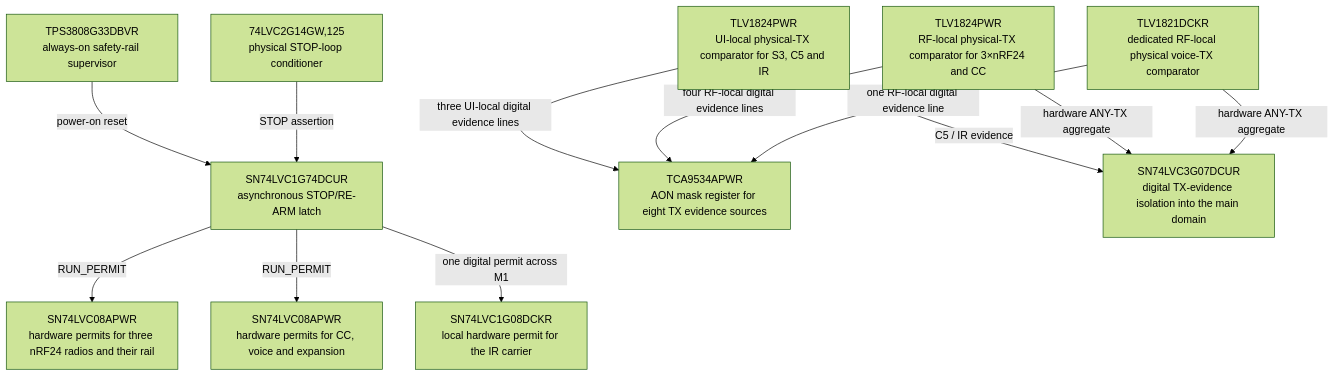
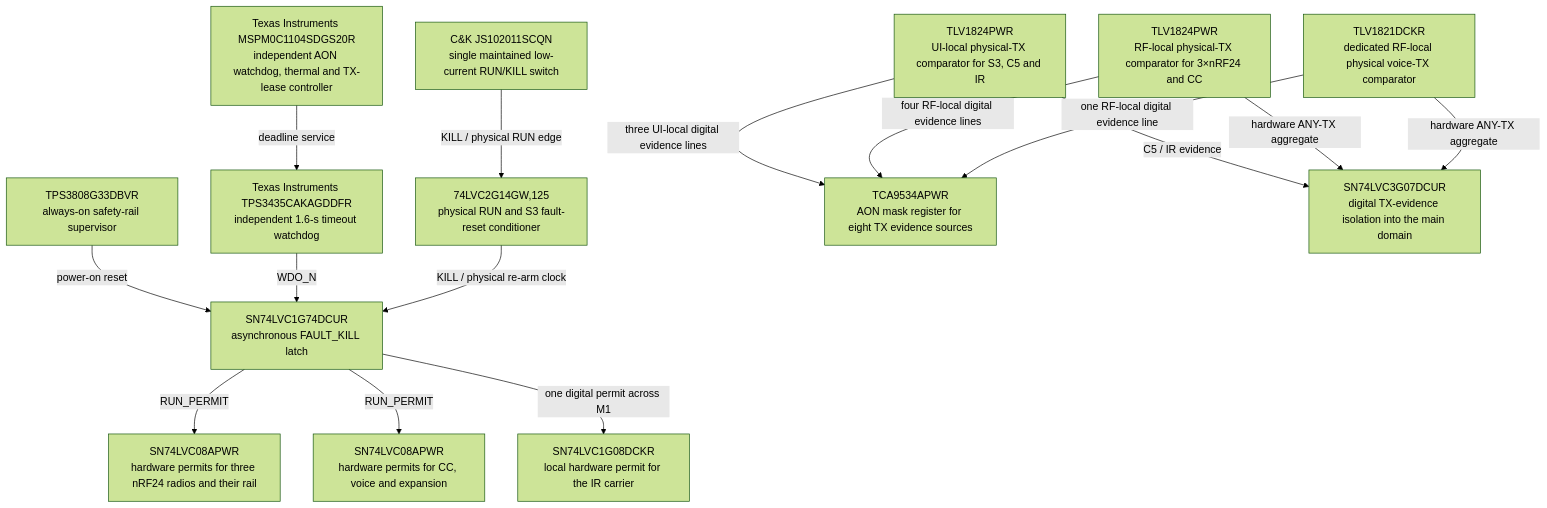
One commit to anton-vinogradov/esp32-leshy2 changed the tenth of 10 diagrams in README.md. Above: the diagram before and after it, drawn with Mermaid (forest theme). The commit also changed other lines of this file and 25 other files, not shown here.

Commit message:
Replace stop controls with monitored RUN KILL safety

````diff
--- a/README.md
+++ b/README.md
@@ -307,25 +310,31 @@
 ```mermaid
 flowchart TD
+POWER_COMMAND_SWITCH["C&K JS102011SCQN<br/>single maintained low-current RUN/KILL switch"]
 SAFE_SUPERVISOR["TPS3808G33DBVR<br/>always-on safety-rail supervisor"]
-SAFE_CONDITIONER["74LVC2G14GW,125<br/>physical STOP-loop conditioner"]
-SAFE_LATCH["SN74LVC1G74DCUR<br/>asynchronous STOP/RE-ARM latch"]
+SAFETY_CONTROLLER["Texas Instruments MSPM0C1104SDGS20R<br/>independent AON watchdog, thermal and TX-lease controller"]
+SAFETY_WATCHDOG["Texas Instruments TPS3435CAKAGDDFR<br/>independent 1.6-s timeout watchdog"]
+SAFE_CONDITIONER["74LVC2G14GW,125<br/>physical RUN and S3 fault-reset conditioner"]
+SAFE_LATCH["SN74LVC1G74DCUR<br/>asynchronous FAULT_KILL latch"]
 SAFE_GATE_A["SN74LVC08APWR<br/>hardware permits for three nRF24 radios and their rail"]
 SAFE_GATE_B["SN74LVC08APWR<br/>hardware permits for CC, voice and expansion"]
 IR_SAFE_GATE["SN74LVC1G08DCKR<br/>local hardware permit for the IR carrier"]
 EVIDENCE_CMP_A["TLV1824PWR<br/>UI-local physical-TX comparator for S3, C5 and IR"]
 EVIDENCE_CMP_B["TLV1824PWR<br/>RF-local physical-TX comparator for 3×nRF24 and CC"]
 EVIDENCE_CMP_VOICE["TLV1821DCKR<br/>dedicated RF-local physical voice-TX comparator"]
 EVIDENCE_MASK["TCA9534APWR<br/>AON mask register for eight TX evidence sources"]
 EVIDENCE_MAIN_ISOLATOR["SN74LVC3G07DCUR<br/>digital TX-evidence isolation into the main domain"]
   SAFE_SUPERVISOR -->|"power-on reset"| SAFE_LATCH
-  SAFE_CONDITIONER -->|"STOP assertion"| SAFE_LATCH
+  POWER_COMMAND_SWITCH -->|"KILL / physical RUN edge"| SAFE_CONDITIONER
+  SAFETY_CONTROLLER -->|"deadline service"| SAFETY_WATCHDOG
+  SAFETY_WATCHDOG -->|"WDO_N"| SAFE_LATCH
+  SAFE_CONDITIONER -->|"KILL / physical re-arm clock"| SAFE_LATCH
   SAFE_LATCH -->|"RUN_PERMIT"| SAFE_GATE_A
   SAFE_LATCH -->|"RUN_PERMIT"| SAFE_GATE_B
   SAFE_LATCH -->|"one digital permit across M1"| IR_SAFE_GATE
   EVIDENCE_CMP_A -->|"three UI-local digital evidence lines"| EVIDENCE_MASK
   EVIDENCE_CMP_B -->|"four RF-local digital evidence lines"| EVIDENCE_MASK
   EVIDENCE_CMP_VOICE -->|"one RF-local digital evidence line"| EVIDENCE_MASK
   EVIDENCE_CMP_A -->|"C5 / IR evidence"| EVIDENCE_MAIN_ISOLATOR
   EVIDENCE_CMP_B -->|"hardware ANY-TX aggregate"| EVIDENCE_MAIN_ISOLATOR
   EVIDENCE_CMP_VOICE -->|"hardware ANY-TX aggregate"| EVIDENCE_MAIN_ISOLATOR
 ```
````
